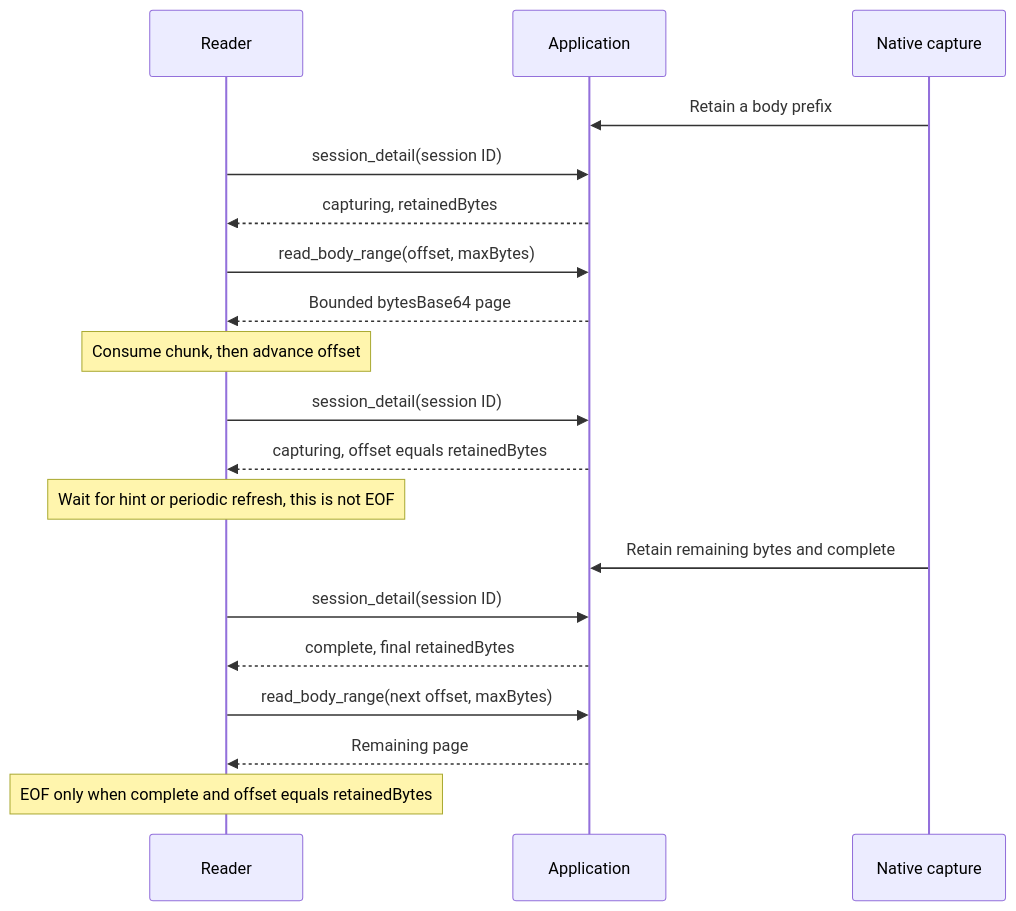
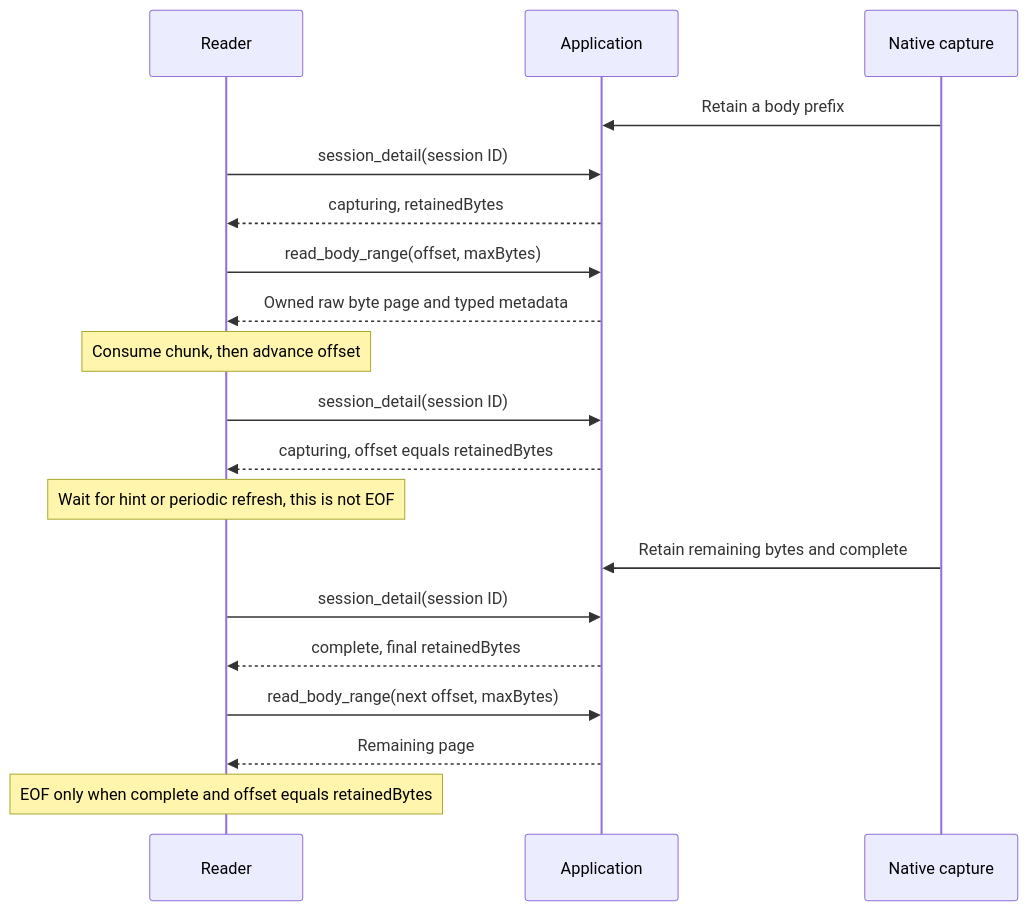
One commit to erik-anderson/transmog changed the second of 2 diagrams in sdk/README.md. Above: the diagram before and after it, drawn with Mermaid. The commit also changed other lines of this file and 40 other files, not shown here.

Commit message:
Use typed SDK body pages and binary desktop reads

````diff
--- a/sdk/README.md
+++ b/sdk/README.md
@@ -181,21 +203,21 @@
 ```mermaid
 sequenceDiagram
     participant Reader
     participant SDK as Application
     participant Capture as Native capture
     Capture->>SDK: Retain a body prefix
     Reader->>SDK: session_detail(session ID)
     SDK-->>Reader: capturing, retainedBytes
     Reader->>SDK: read_body_range(offset, maxBytes)
-    SDK-->>Reader: Bounded bytesBase64 page
+    SDK-->>Reader: Owned raw byte page and typed metadata
     Note over Reader: Consume chunk, then advance offset
     Reader->>SDK: session_detail(session ID)
     SDK-->>Reader: capturing, offset equals retainedBytes
     Note over Reader: Wait for hint or periodic refresh, this is not EOF
     Capture->>SDK: Retain remaining bytes and complete
     Reader->>SDK: session_detail(session ID)
     SDK-->>Reader: complete, final retainedBytes
     Reader->>SDK: read_body_range(next offset, maxBytes)
     SDK-->>Reader: Remaining page
     Note over Reader: EOF only when complete and offset equals retainedBytes
 ```
````
